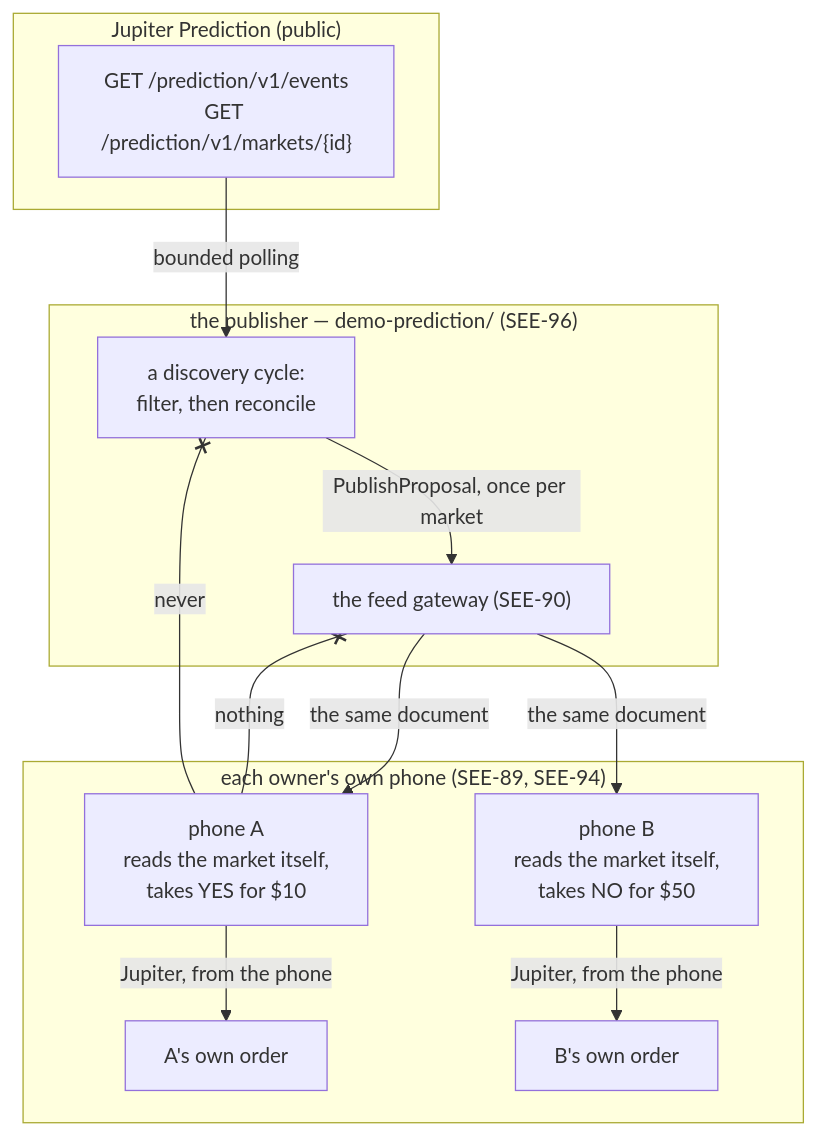
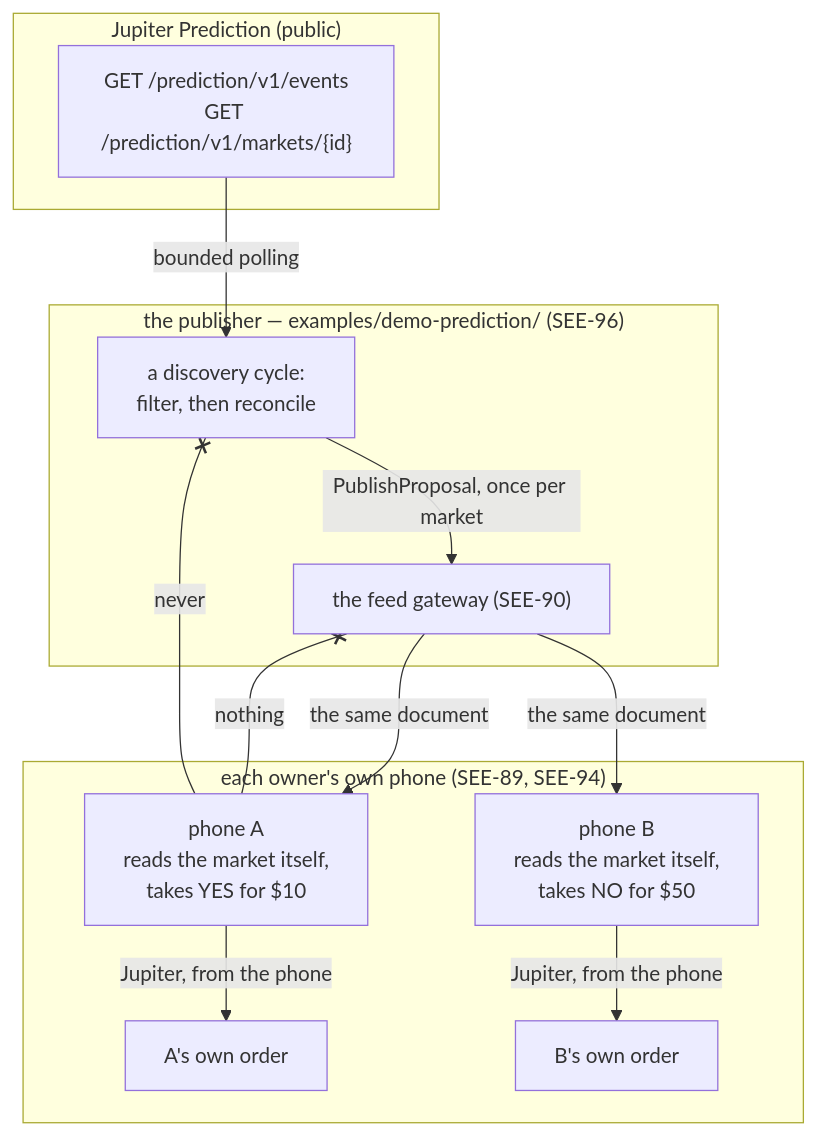
One commit to SeekerAgentConnect/sac changed the diagram in docs/wiki/prediction-template.md. Above: the diagram before and after it, drawn with Mermaid. The commit also changed other lines of this file and 265 other files, not shown here.

````diff
--- a/docs/wiki/prediction-template.md
+++ b/docs/wiki/prediction-template.md
@@ -44,19 +44,19 @@
 ```mermaid
 flowchart TB
     subgraph provider["Jupiter Prediction (public)"]
         Listing["GET /prediction/v1/events<br>GET /prediction/v1/markets/{id}"]
     end
-    subgraph publisher["the publisher — demo-prediction/ (SEE-96)"]
+    subgraph publisher["the publisher — examples/demo-prediction/ (SEE-96)"]
         Listing -- "bounded polling" --> Cycle["a discovery cycle:<br>filter, then reconcile"]
         Cycle -- "PublishProposal, once per market" --> Gateway
     end
     Gateway["the feed gateway (SEE-90)"]
     subgraph phones["each owner's own phone (SEE-89, SEE-94)"]
         Gateway -- "the same document" --> A["phone A<br>reads the market itself,<br>takes YES for $10"]
         Gateway -- "the same document" --> B["phone B<br>reads the market itself,<br>takes NO for $50"]
         A -- "Jupiter, from the phone" --> OrderA["A's own order"]
         B -- "Jupiter, from the phone" --> OrderB["B's own order"]
     end
     A -- "nothing" --x Gateway
     A -- "never" --x Cycle
 ```
````
